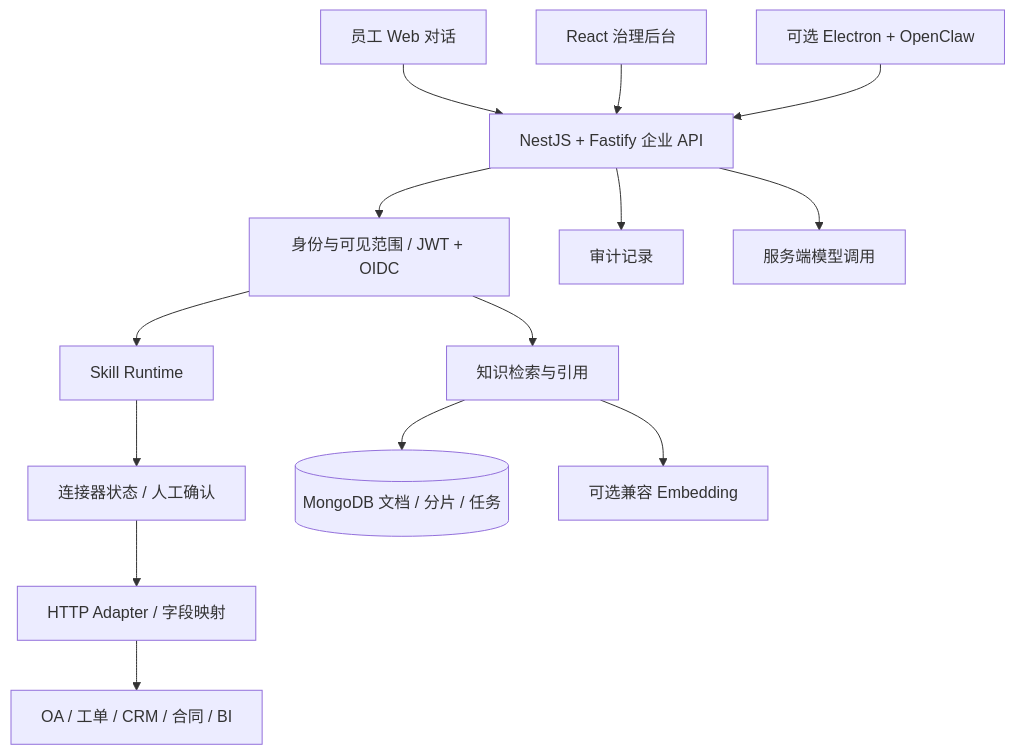
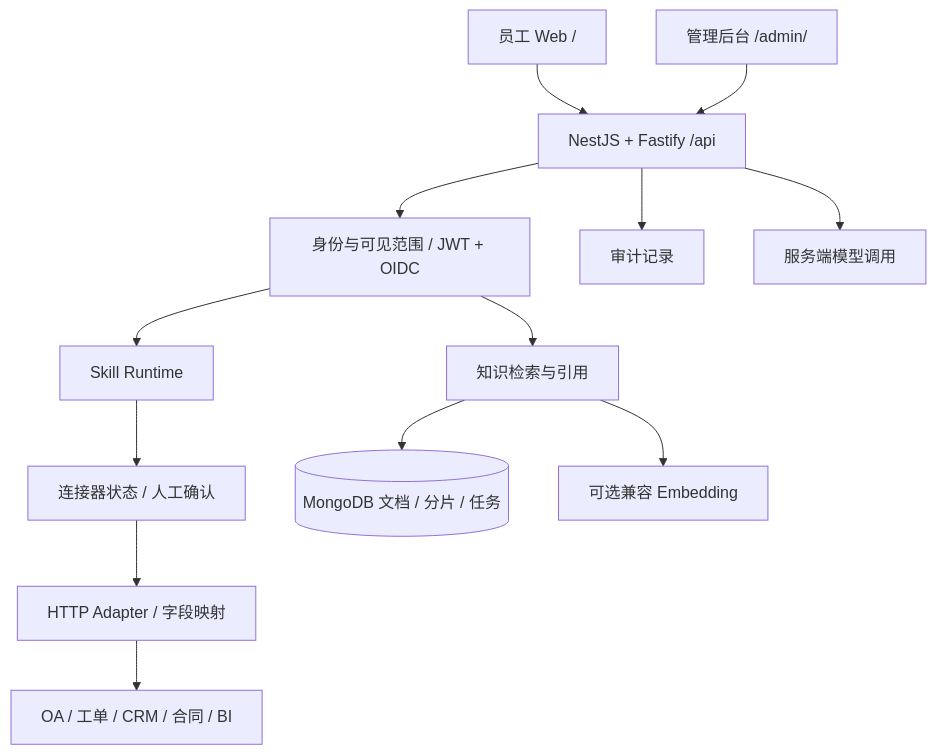
One commit to chencheng666/openworkmate changed the diagram in docs/architecture.md. Above: the diagram before and after it, drawn with Mermaid. The commit also changed other lines of this file and 484 other files, not shown here.

````diff
--- a/docs/architecture.md
+++ b/docs/architecture.md
@@ -3,16 +3,15 @@
 ```mermaid
 flowchart TD
-  Employee[员工 Web 对话] --> API[NestJS + Fastify 企业 API]
-  Admin[React 治理后台] --> API
-  Desktop[可选 Electron + OpenClaw] --> API
+  Employee[员工 Web /] --> API[NestJS + Fastify /api]
+  Admin[管理后台 /admin/] --> API
   API --> Auth[身份与可见范围 / JWT + OIDC]
   Auth --> Knowledge[知识检索与引用]
   Auth --> Skill[Skill Runtime]
   Skill --> Gate[连接器状态 / 人工确认]
   Gate --> HTTP[HTTP Adapter / 字段映射]
   HTTP --> Systems[OA / 工单 / CRM / 合同 / BI]
   Knowledge --> Mongo[(MongoDB 文档 / 分片 / 任务)]
   Knowledge --> Embedding[可选兼容 Embedding]
   API --> Audit[审计记录]
   API --> Model[服务端模型调用]
 ```
````
